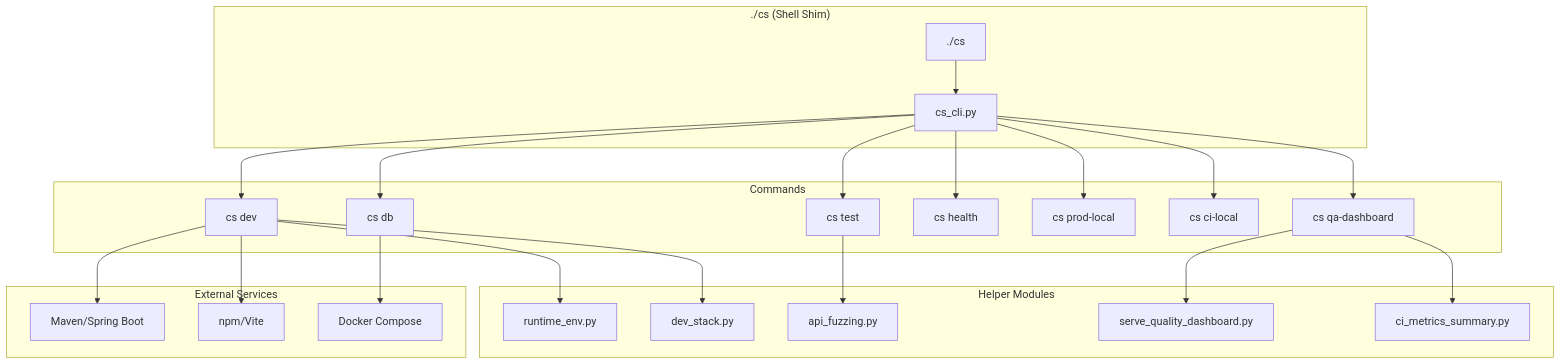
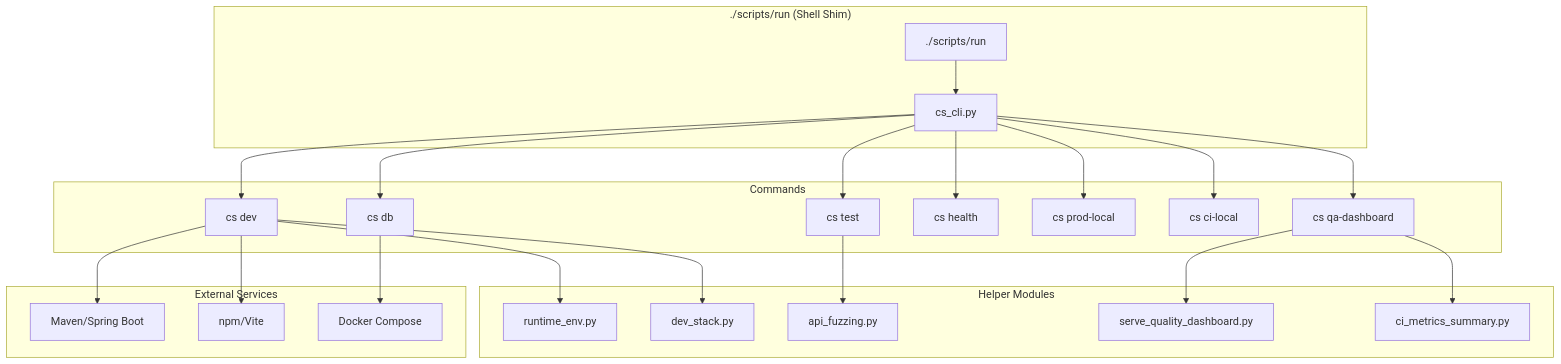
Before and after one commit to jguida941/contact-service-junit: the first of 19 diagrams in README.md, drawn with Mermaid. The commit also changed other lines of this file and 14 other files, not shown here.

First line of the commit message:
refactor: rename cs CLI to scripts/run and remove PROJECT_SUMMARY.md

````diff
--- a/README.md
+++ b/README.md
@@ -189,30 +189,30 @@
 ```mermaid
 graph TD
-    subgraph CLI["./cs (Shell Shim)"]
-        A[./cs] --> B[cs_cli.py]
+    subgraph CLI["./scripts/run (Shell Shim)"]
+        A[./scripts/run] --> B[cs_cli.py]
     end
 
     subgraph Commands["Commands"]
         B --> C[cs dev]
         B --> D[cs test]
         B --> E[cs db]
         B --> F[cs health]
         B --> G[cs prod-local]
         B --> H[cs ci-local]
         B --> I[cs qa-dashboard]
     end
 
     subgraph Helpers["Helper Modules"]
         C --> J[runtime_env.py]
         C --> K[dev_stack.py]
         D --> L[api_fuzzing.py]
         I --> M[serve_quality_dashboard.py]
         I --> N[ci_metrics_summary.py]
     end
 
     subgraph Services["External Services"]
         C --> O[Maven/Spring Boot]
         C --> P[npm/Vite]
         E --> Q[Docker Compose]
     end
 ```
````
